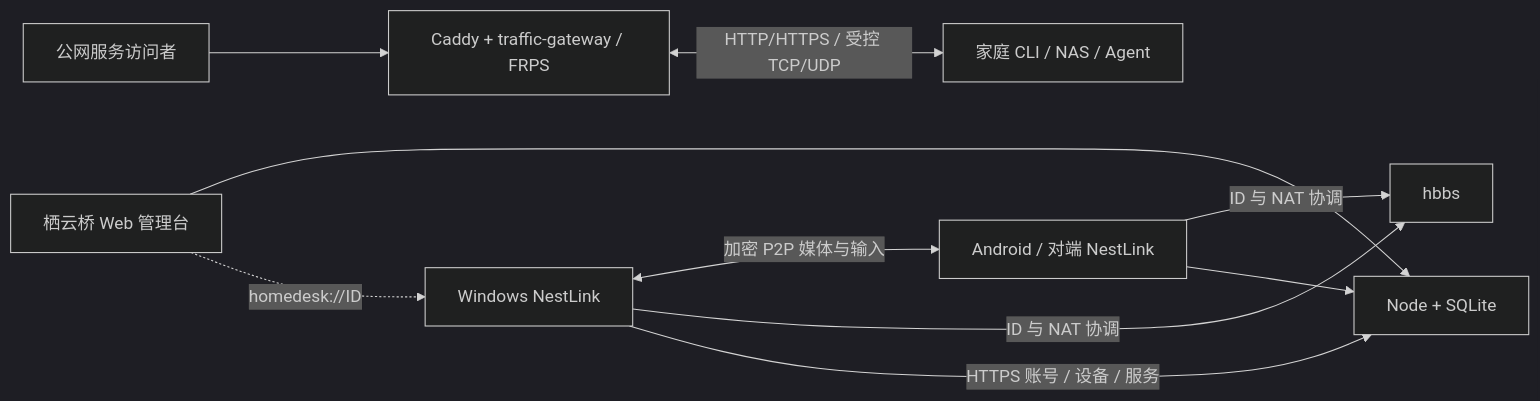
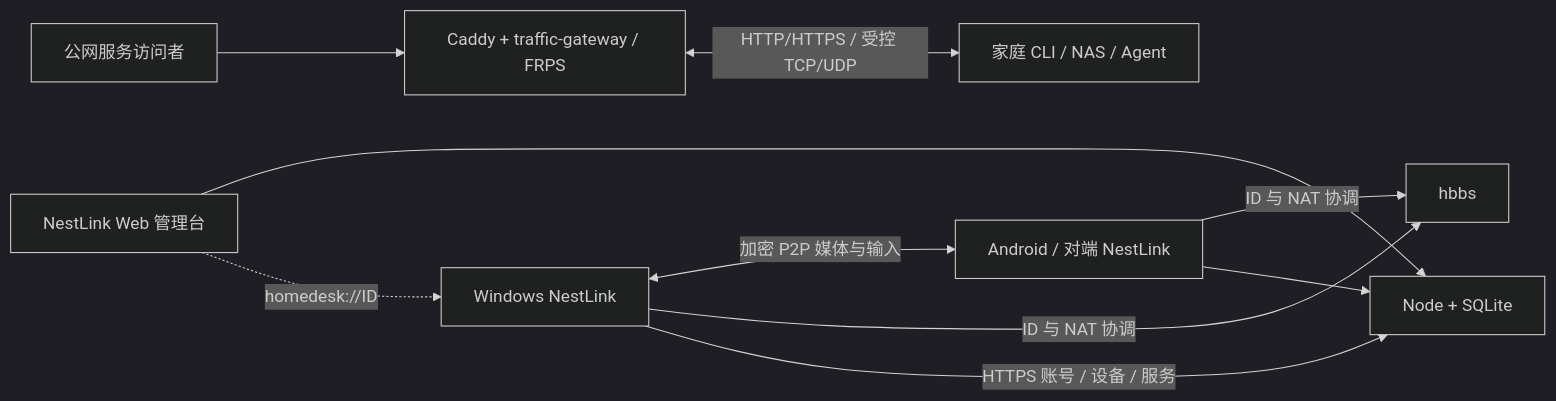
The diagram in docs/ARCHITECTURE.md (ZHanry/home-tunnel), drawn with Mermaid (dark theme) before and after one commit. The commit also changed other lines of this file and 74 other files, not shown here.

````diff
--- a/docs/ARCHITECTURE.md
+++ b/docs/ARCHITECTURE.md
@@ -7,12 +7,12 @@
 ```mermaid
 flowchart LR
   W[Windows NestLink] <-->|加密 P2P 媒体与输入| A[Android / 对端 NestLink]
   W -->|ID 与 NAT 协调| H[hbbs]
   A -->|ID 与 NAT 协调| H
   W -->|HTTPS 账号 / 设备 / 服务| C[Node + SQLite]
   A --> C
-  Web[栖云桥 Web 管理台] --> C
+  Web[NestLink Web 管理台] --> C
   Web -.->|homedesk://ID| W
   Visitor[公网服务访问者] --> Edge[Caddy + traffic-gateway / FRPS]
   Edge <-->|HTTP/HTTPS / 受控 TCP/UDP| Agent[家庭 CLI / NAS / Agent]
 ```
````
